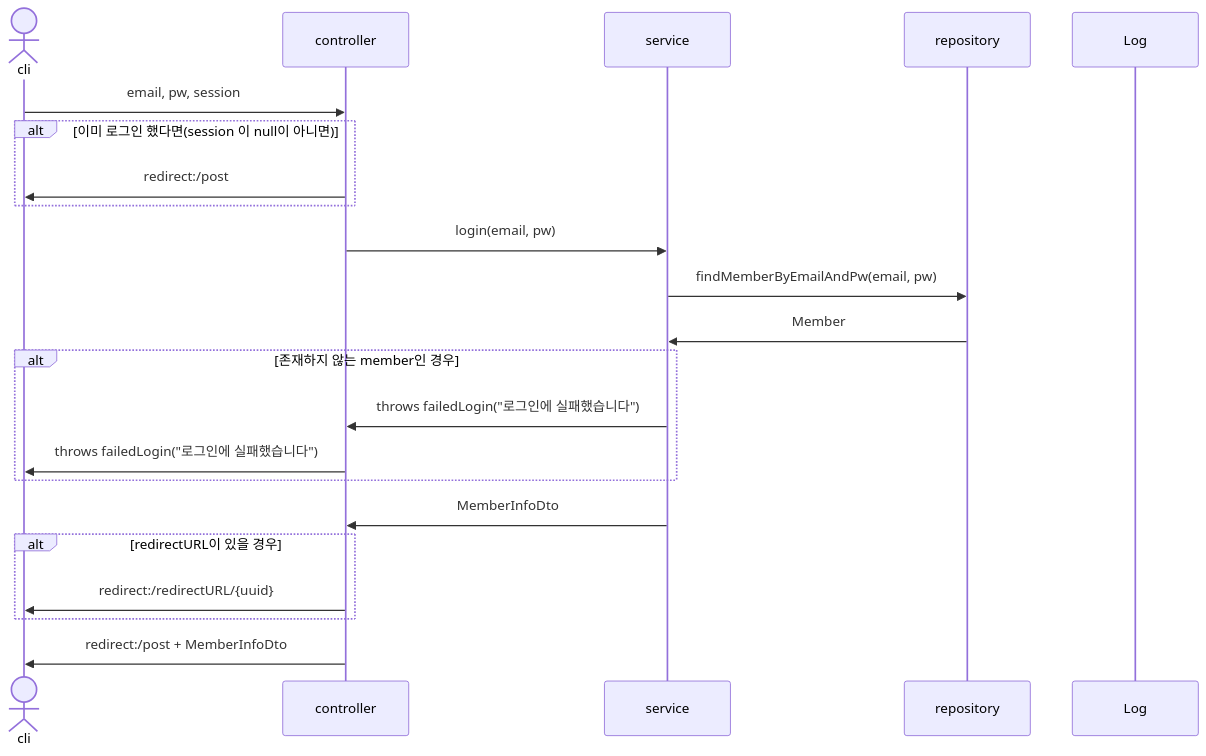
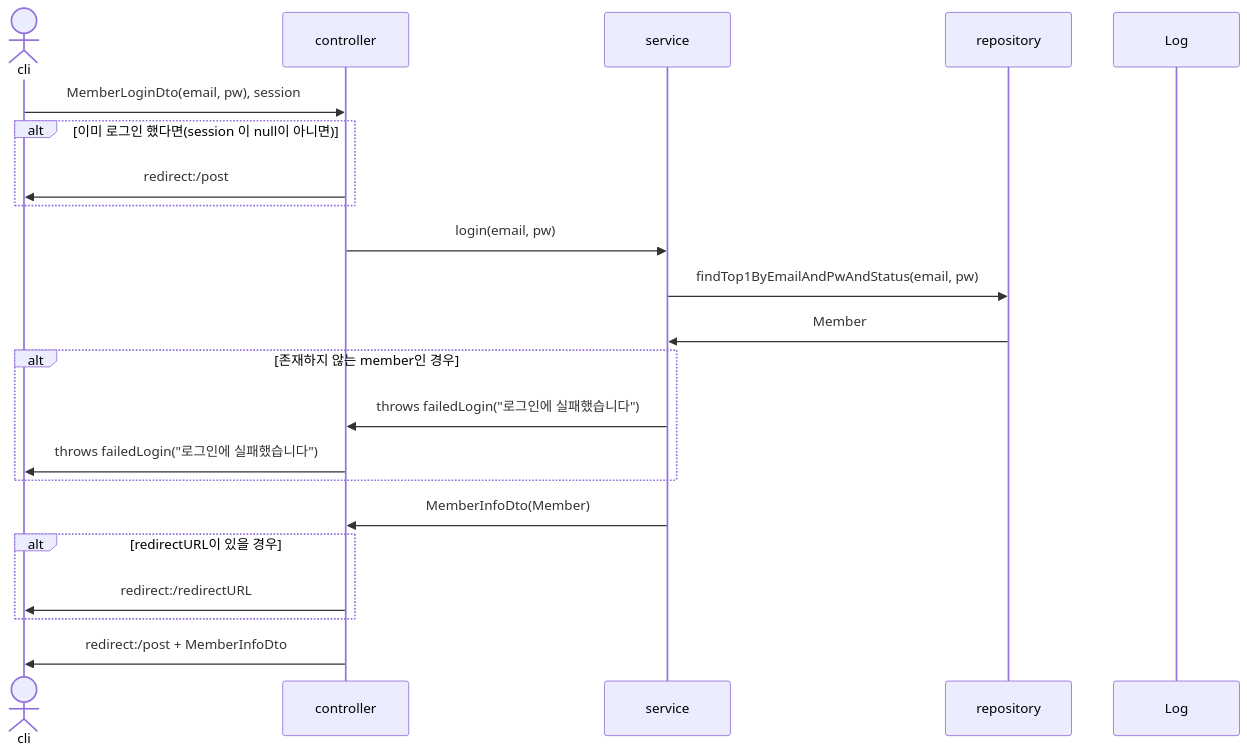
Diagram 14 of 37 in sequence.md (mtak0235/snsX), drawn with Mermaid before and after one commit. The commit also changed other lines of this file and 5 other files, not shown here.

````diff
--- a/sequence.md
+++ b/sequence.md
@@ -401,25 +366,25 @@
 ```mermaid
 sequenceDiagram
 actor cli
 participant c as controller
 participant s as service
 participant r as repository
 participant l as Log
 
-cli->>c: email, pw, session
+cli->>c: MemberLoginDto(email, pw), session
 alt 이미 로그인 했다면(session 이 null이 아니면)
 c->>cli: redirect:/post
 end
 c->>s: login(email, pw)
-s->>r: findMemberByEmailAndPw(email, pw)
+s->>r: findTop1ByEmailAndPwAndStatus(email, pw)
 r->>s: Member
 alt 존재하지 않는 member인 경우
 s->>c: throws failedLogin("로그인에 실패했습니다")
 c->>cli: throws failedLogin("로그인에 실패했습니다")
 end
-s->>c: MemberInfoDto
+s->>c: MemberInfoDto(Member)
 alt redirectURL이 있을 경우
-c->>cli: redirect:/redirectURL/{uuid}
+c->>cli: redirect:/redirectURL
 end
 c->>cli: redirect:/post + MemberInfoDto
 ```
````
